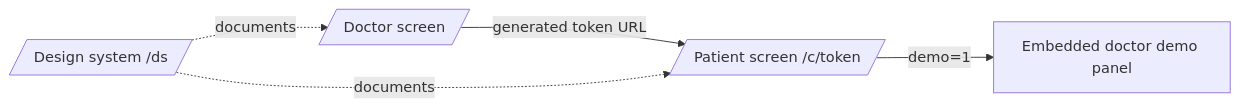
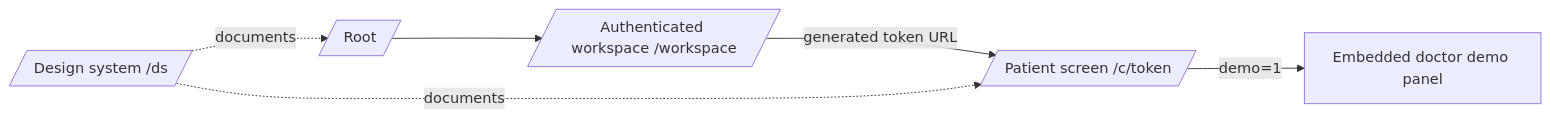
One commit to BAITC-Hacks/hack-eb79fd40-specimen-ai changed the diagram in docs/frontend.md. Above: the diagram before and after it, drawn with Mermaid. The commit also changed other lines of this file and 16 other files, not shown here.

Commit message:
fix: close referral and workspace flow gaps

````diff
--- a/docs/frontend.md
+++ b/docs/frontend.md
@@ -15,7 +15,8 @@
 ```mermaid
 flowchart LR
-  Home[/ Doctor screen /] -->|generated token URL| Patient[/ Patient screen /c/token /]
+  Home[/ Root /] --> Workspace[/ Authenticated workspace /workspace /]
+  Workspace -->|generated token URL| Patient[/ Patient screen /c/token /]
   Patient -->|demo=1| Panel[Embedded doctor demo panel]
   DS[/ Design system /ds /] -. documents .-> Home
   DS -. documents .-> Patient
 ```
````
